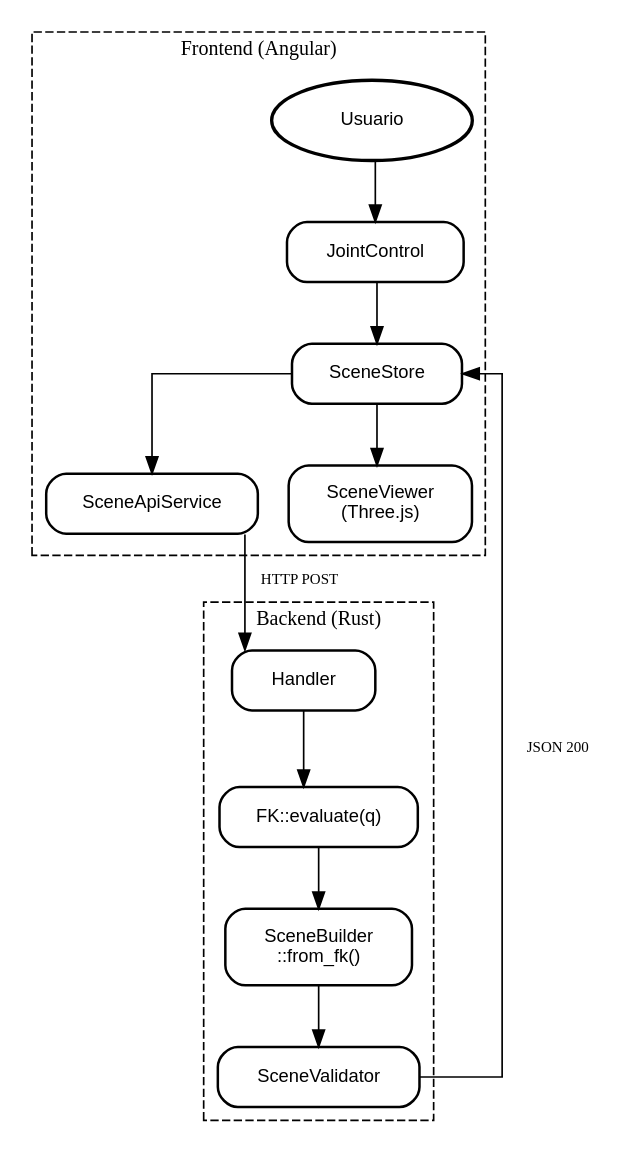
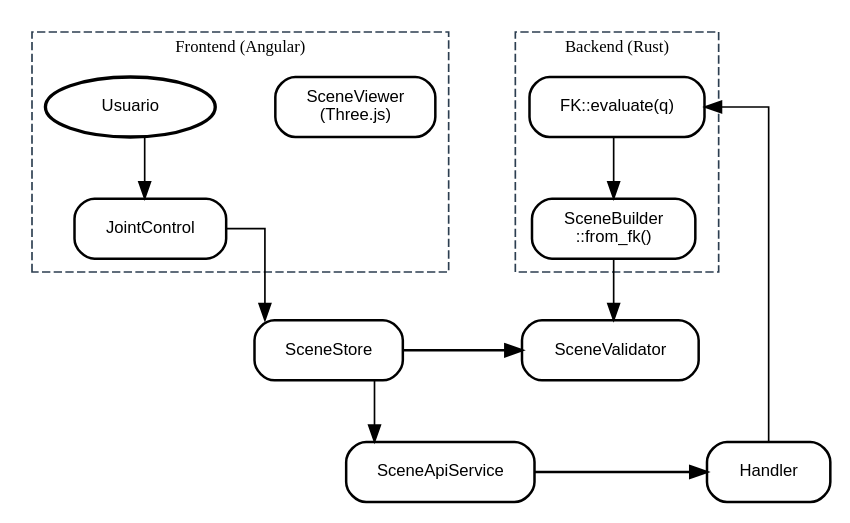
Before and after one commit to Void-CA/Thalos: the first of 2 diagrams in docs/flow.qmd, drawn with Graphviz. The commit also changed 5 other files, not shown here.

Commit message:
refactor(docs): update architecture and flow diagrams for clarity and responsiveness

````diff
--- a/docs/flow.qmd
+++ b/docs/flow.qmd
@@ -8,41 +8,63 @@
 ```{dot}
 //| fig-cap: "Pipeline completo end-to-end"
 //| label: fig-pipeline-e2e
 digraph e2e {
     rankdir=TB;
     splines=ortho;
-    node [shape=box, style=rounded, penwidth=1.5, fontname="sans-serif", fontsize=11, margin="0.3,0.15"];
-    edge [fontsize=9];
+    nodesep=0.5;
+    ranksep=0.5;
+    
+    node [shape=box, style=rounded, penwidth=1.5, fontname="sans-serif", fontsize=10, margin="0.25,0.1"];
+    edge [fontsize=8, fontname="sans-serif"];
 
     subgraph cluster_frontend {
         label="Frontend (Angular)";
         style=dashed;
         penwidth=1;
-        fontsize=12;
-
+        fontsize=10;
+        color="#2c3e50";
+        
         user    [label="Usuario", shape=oval, penwidth=2];
         jctrl   [label="JointControl"];
         sstore  [label="SceneStore"];
         asvc    [label="SceneApiService"];
         sview   [label="SceneViewer\n(Three.js)"];
+        
+        // Flujo vertical en frontend
+        user -> jctrl;
+        jctrl -> sstore;
+        sstore -> asvc;
     }
 
     subgraph cluster_backend {
         label="Backend (Rust)";
         style=dashed;
         penwidth=1;
-        fontsize=12;
-
+        fontsize=10;
+        color="#2c3e50";
+        
         handler [label="Handler"];
         fk      [label="FK::evaluate(q)"];
         builder [label="SceneBuilder\n::from_fk()"];
         vld     [label="SceneValidator"];
+        
+        // Flujo vertical en backend
+        handler -> fk;
+        fk -> builder;
+        builder -> vld;
     }
 
-    user -> jctrl -> sstore -> asvc;
-    asvc -> handler [label="HTTP POST"];
-    handler -> fk -> builder -> vld;
-    vld -> sstore [label="JSON 200"];
-    sstore -> sview;
+    // Conexión horizontal entre columnas (de frontend a backend)
+    asvc -> handler [label="HTTP POST", penwidth=1.5];
+    
+    // Conexión horizontal de retorno (de backend a frontend)
+    vld -> sstore [label="JSON 200", penwidth=1.5, dir=back];
+    
+    // Conexión final dentro del frontend
+    sstore -> sview [style=invis];  // Mantiene alineación vertical
+    
+    // Forzar disposición en dos columnas
+    { rank=same; asvc; handler; }
+    { rank=same; vld; sstore; }
 }
 ```
````
